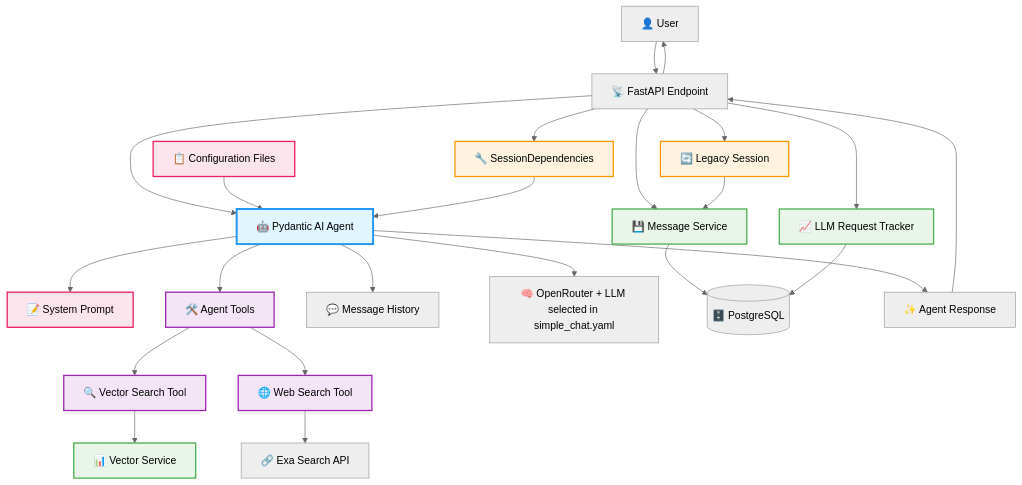
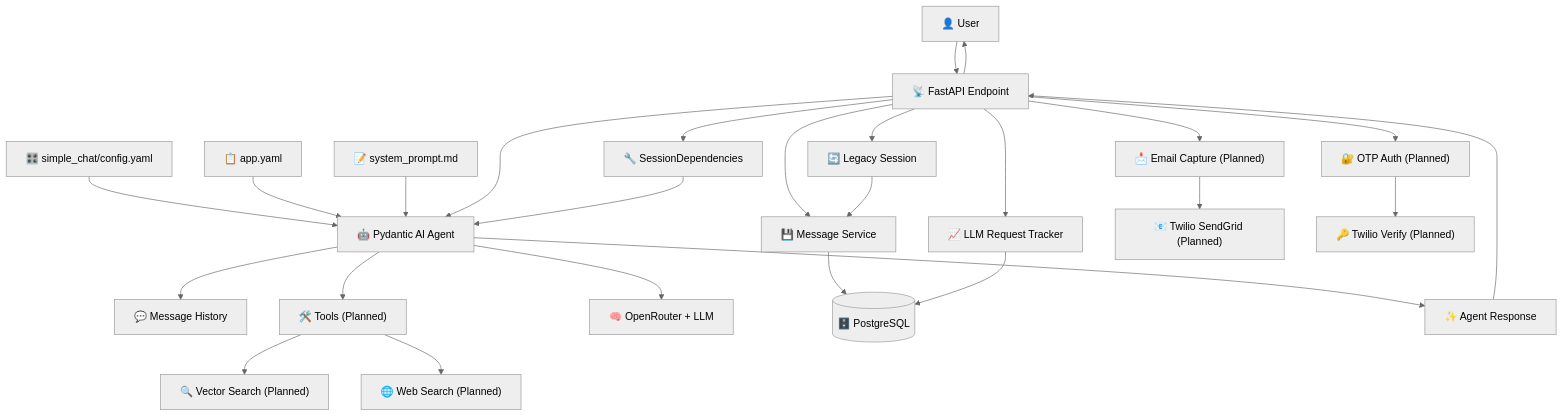
The diagram in memorybank/project-management/0017-simple-chat-agent.md (creatifire/salient02), drawn with Mermaid (neutral theme) before and after one commit. The commit also changed other lines of this file, not shown here.

First line of the commit message:
feat(epic-0017): Add periodic conversation summarization & renumber features

````diff
--- a/memorybank/project-management/0017-simple-chat-agent.md
+++ b/memorybank/project-management/0017-simple-chat-agent.md
@@ -7,56 +7,49 @@
 ```mermaid
 flowchart TD
     %% External Components
     User["👤 User"] --> FastAPI["📡 FastAPI Endpoint"]
-    Config["📋 Configuration Files"]
+    
+    %% Configuration System (NEW)
+    AgentConfig["🎛️ simple_chat/config.yaml"] --> Agent["🤖 Pydantic AI Agent"]
+    GlobalConfig["📋 app.yaml"] --> Agent
+    SystemPromptFile["📝 system_prompt.md"] --> Agent
     
     %% Core Agent Structure
-    FastAPI --> Agent["🤖 Pydantic AI Agent"]
-    Config --> Agent
+    FastAPI --> Agent
     
     %% Dependencies & Session Management
     Session["🔧 SessionDependencies"] --> Agent
     FastAPI --> Session
     
     %% Agent Components
-    Agent --> SystemPrompt["📝 System Prompt"]
-    Agent --> Tools["🛠️ Agent Tools"]
     Agent --> History["💬 Message History"]
+    Agent --> PlannedTools["🛠️ Tools (Planned)"]
     
-    %% Tool Implementations
-    Tools --> VectorTool["🔍 Vector Search Tool"]
-    Tools --> WebTool["🌐 Web Search Tool"]
+    %% Planned Tool Implementations
+    PlannedTools --> VectorTool["🔍 Vector Search (Planned)"]
+    PlannedTools --> WebTool["🌐 Web Search (Planned)"]
     
-    %% External Services
-    VectorTool --> VectorService["📊 Vector Service"]
-    WebTool --> ExaAPI["🔗 Exa Search API"]
-    Agent --> OpenRouter["🧠 OpenRouter + LLM selected in simple_chat.yaml"]
+    %% Current LLM Integration
+    Agent --> OpenRouter["🧠 OpenRouter + LLM"]
     
     %% Data Flow & Persistence
     FastAPI --> MessageService["💾 Message Service"]
     FastAPI --> LLMTracker["📈 LLM Request Tracker"]
     MessageService --> Database[("🗄️ PostgreSQL")]
     LLMTracker --> Database
     
     %% Legacy Integration
     FastAPI --> LegacySession["🔄 Legacy Session"]
     LegacySession --> MessageService
     
+    %% NEW: Email & Authentication Features (Planned)
+    FastAPI --> EmailCapture["📩 Email Capture (Planned)"]
+    EmailCapture --> SendGrid["📧 Twilio SendGrid (Planned)"]
+    FastAPI --> OTPAuth["🔐 OTP Auth (Planned)"]
+    OTPAuth --> TwilioVerify["🔑 Twilio Verify (Planned)"]
+    
     %% Response Flow
     Agent --> Response["✨ Agent Response"]
     Response --> FastAPI
     FastAPI --> User
-
-    %% Styling
-    classDef agent fill:#e1f5fe,stroke:#2196F3,stroke-width:3px
-    classDef dependency fill:#fff3e0,stroke:#ff9800,stroke-width:2px
-    classDef tool fill:#f3e5f5,stroke:#9c27b0,stroke-width:2px
-    classDef service fill:#e8f5e8,stroke:#4caf50,stroke-width:2px
-    classDef config fill:#fce4ec,stroke:#e91e63,stroke-width:2px
-    
-    class Agent agent
-    class Session,LegacySession dependency
-    class Tools,VectorTool,WebTool tool
-    class MessageService,LLMTracker,VectorService service
-    class Config,SystemPrompt config
 ```
````
